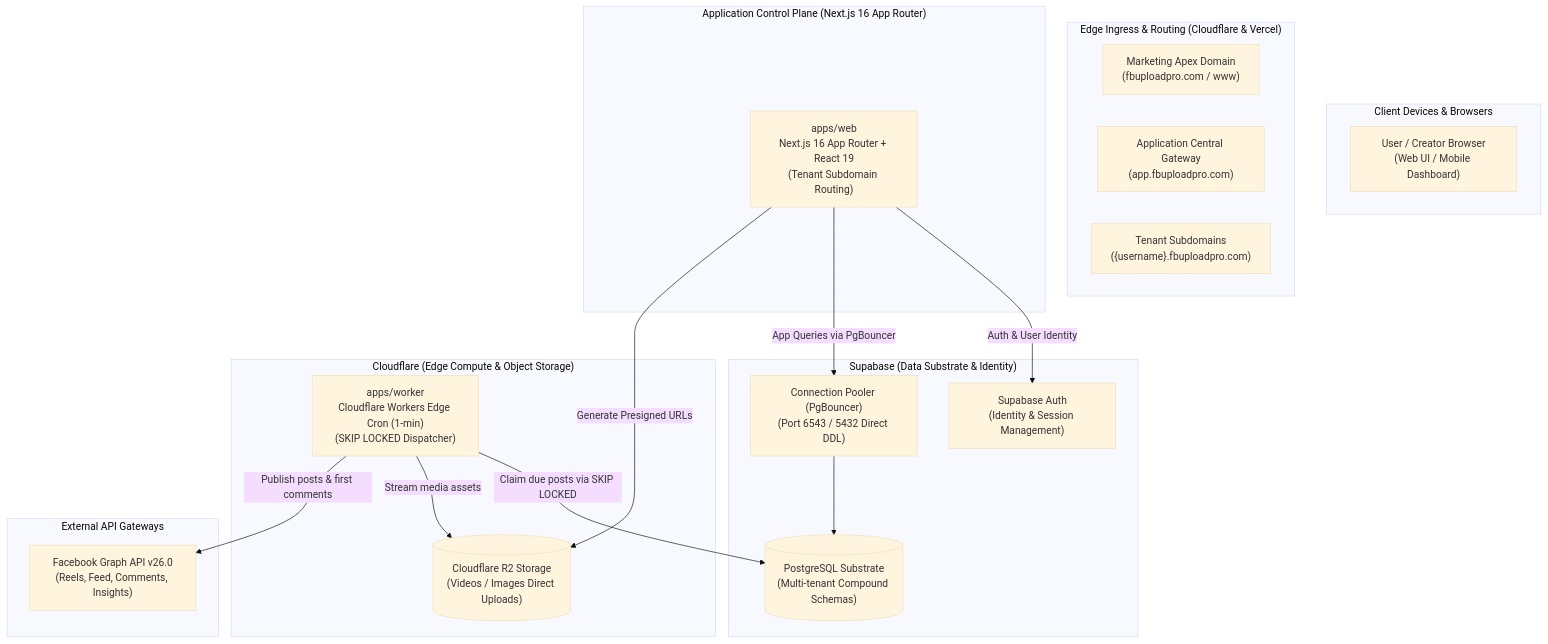
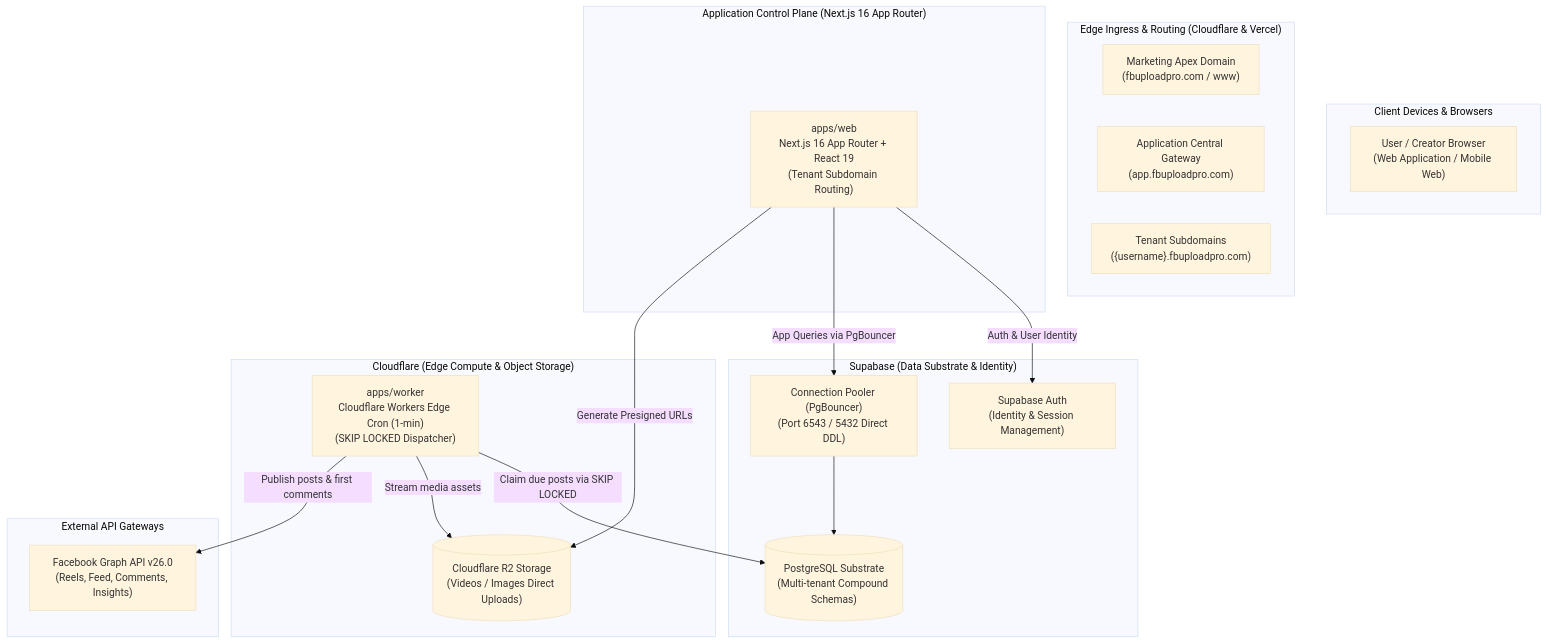
The first of 2 diagrams in docs/foundational-knowledge.md (Velocta/fbuploadpro), drawn with Mermaid (base theme) before and after one commit. The commit also changed other lines of this file and 36 other files, not shown here.

````diff
--- a/docs/foundational-knowledge.md
+++ b/docs/foundational-knowledge.md
@@ -13,39 +13,39 @@
 ```mermaid
 flowchart TD
     subgraph ClientLayer ["Client Devices & Browsers"]
-        UserBrowser["User / Creator Browser\n(Web UI / Mobile Dashboard)"]
+        UserBrowser["User / Creator Browser\n(Web Application / Mobile Web)"]
     end
 
     subgraph EdgeEntry ["Edge Ingress & Routing (Cloudflare & Vercel)"]
         Apex["Marketing Apex Domain\n(fbuploadpro.com / www)"]
         Gateway["Application Central Gateway\n(app.fbuploadpro.com)"]
         TenantWorkspace["Tenant Subdomains\n({username}.fbuploadpro.com)"]
     end
 
     subgraph AppPlane ["Application Control Plane (Next.js 16 App Router)"]
         Web["apps/web\nNext.js 16 App Router + React 19\n(Tenant Subdomain Routing)"]
     end
 
     subgraph SupabaseCloud ["Supabase (Data Substrate & Identity)"]
         Auth["Supabase Auth\n(Identity & Session Management)"]
         PG[("PostgreSQL Substrate\n(Multi-tenant Compound Schemas)")]
         Pooler["Connection Pooler (PgBouncer)\n(Port 6543 / 5432 Direct DDL)"]
     end
 
     subgraph CloudflareEdge ["Cloudflare (Edge Compute & Object Storage)"]
         Worker["apps/worker\nCloudflare Workers Edge Cron (1-min)\n(SKIP LOCKED Dispatcher)"]
         R2[("Cloudflare R2 Storage\n(Videos / Images Direct Uploads)")]
     end
 
     subgraph ExternalServices ["External API Gateways"]
         FB["Facebook Graph API v26.0\n(Reels, Feed, Comments, Insights)"]
     end
 
     Web -->|Auth & User Identity| Auth
     Web -->|App Queries via PgBouncer| Pooler
     Pooler --> PG
     Web -->|Generate Presigned URLs| R2
     Worker -->|Claim due posts via SKIP LOCKED| PG
     Worker -->|Stream media assets| R2
     Worker -->|Publish posts & first comments| FB
 ```
````
